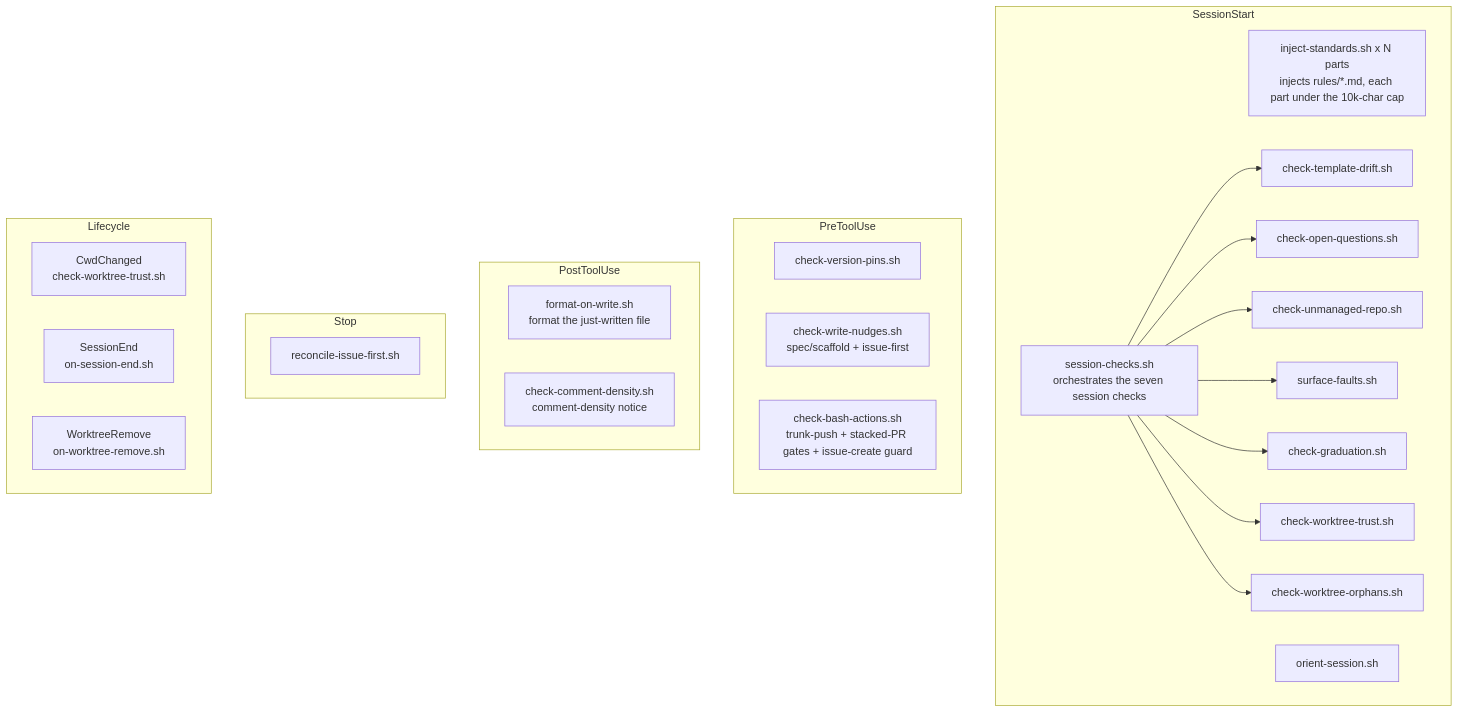
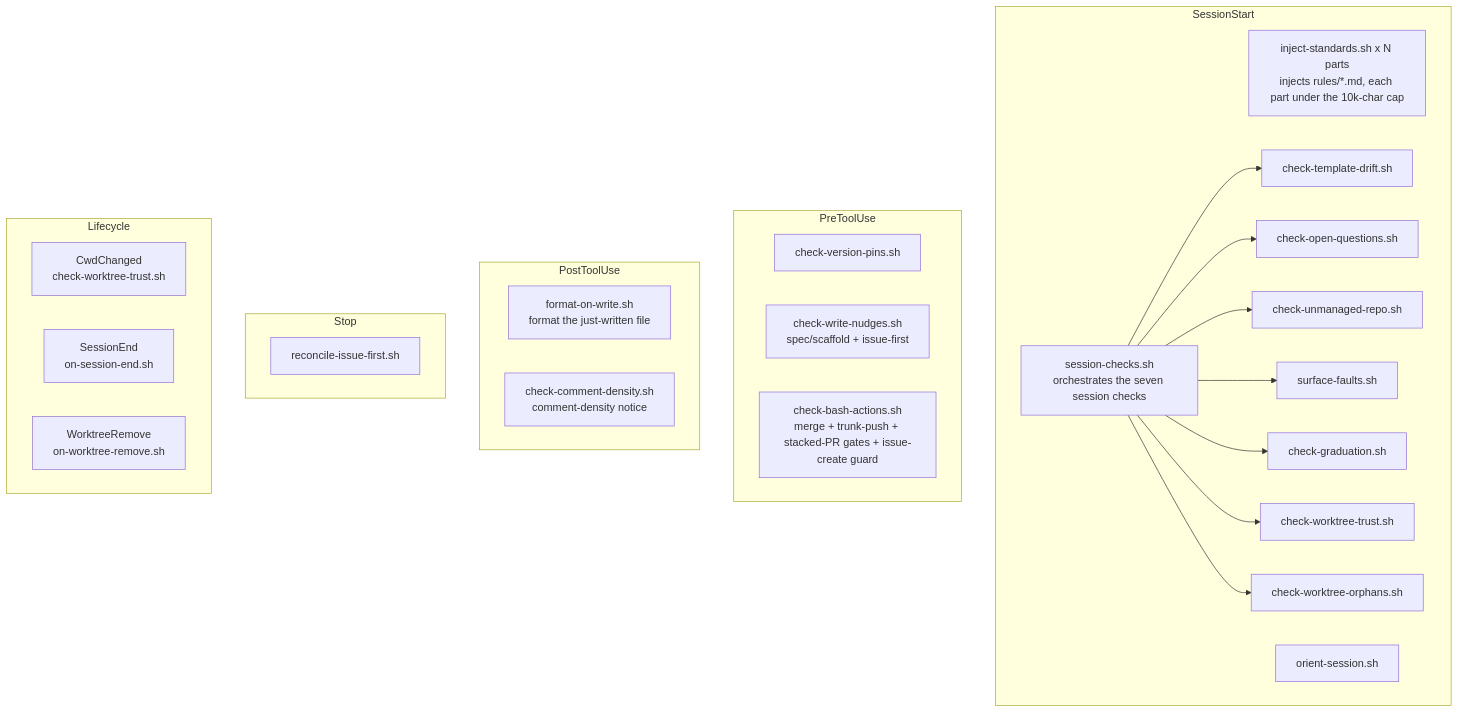
Before and after one commit to element22llc/e22-plugins: the diagram in docs/reference/hooks.md, drawn with Mermaid. The commit also changed other lines of this file and 7 other files, not shown here.

````diff
--- a/docs/reference/hooks.md
+++ b/docs/reference/hooks.md
@@ -54,32 +54,32 @@
 ```mermaid
 flowchart TD
     subgraph SessionStart
       inject[inject-standards.sh x N parts<br/>injects rules/*.md, each part under the 10k-char cap]
       checks[session-checks.sh<br/>orchestrates the seven session checks]
       orient[orient-session.sh]
       checks --> drift[check-template-drift.sh]
       checks --> oq[check-open-questions.sh]
       checks --> unmanaged[check-unmanaged-repo.sh]
       checks --> faults[surface-faults.sh]
       checks --> grad[check-graduation.sh]
       checks --> wt[check-worktree-trust.sh]
       checks --> orphans[check-worktree-orphans.sh]
     end
     subgraph PreToolUse
       pins[check-version-pins.sh]
       wn[check-write-nudges.sh<br/>spec/scaffold + issue-first]
-      ba[check-bash-actions.sh<br/>trunk-push + stacked-PR gates + issue-create guard]
+      ba[check-bash-actions.sh<br/>merge + trunk-push + stacked-PR gates + issue-create guard]
     end
     subgraph PostToolUse
       fmt[format-on-write.sh<br/>format the just-written file]
       cd[check-comment-density.sh<br/>comment-density notice]
     end
     subgraph Stop
       reconcile[reconcile-issue-first.sh]
     end
     subgraph Lifecycle
       cwd[CwdChanged<br/>check-worktree-trust.sh]
       send[SessionEnd<br/>on-session-end.sh]
       wtr[WorktreeRemove<br/>on-worktree-remove.sh]
     end
 ```
````
